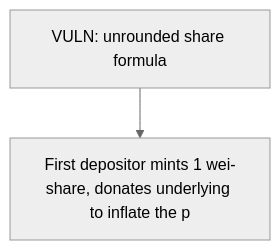
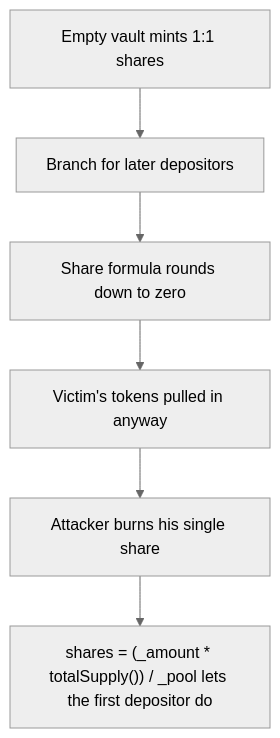
The diagram in 19124-h-02-first-vault-depositor-can-steal-subsequent-depositors-t_exp/19124-h-02-first-vault-depositor-can-steal-subsequent-depositors-t_exp.md (sanbir/evm-hack-registry), drawn with Mermaid (neutral theme) before and after one commit. The commit also changed other lines of this file and 79 other files, not shown here.

````diff
--- a/19124-h-02-first-vault-depositor-can-steal-subsequent-depositors-t_exp/19124-h-02-first-vault-depositor-can-steal-subsequent-depositors-t_exp.md
+++ b/19124-h-02-first-vault-depositor-can-steal-subsequent-depositors-t_exp/19124-h-02-first-vault-depositor-can-steal-subsequent-depositors-t_exp.md
@@ -28,6 +28,14 @@
 ```mermaid
 flowchart TD
-  S0["VULN: unrounded share formula"]
-  H["First depositor mints 1 wei-share, donates underlying to inflate the p"]
-  S0 --> H
+  S0["Empty vault mints 1:1 shares"]
+  S1["Branch for later depositors"]
+  S2["Share formula rounds down to zero"]
+  S3["Victim's tokens pulled in anyway"]
+  S4["Attacker burns his single share"]
+  H["shares = (_amount * totalSupply()) / _pool lets the first depositor do"]
+  S0 --> S1
+  S1 --> S2
+  S2 --> S3
+  S3 --> S4
+  S4 --> H
 ```
````
